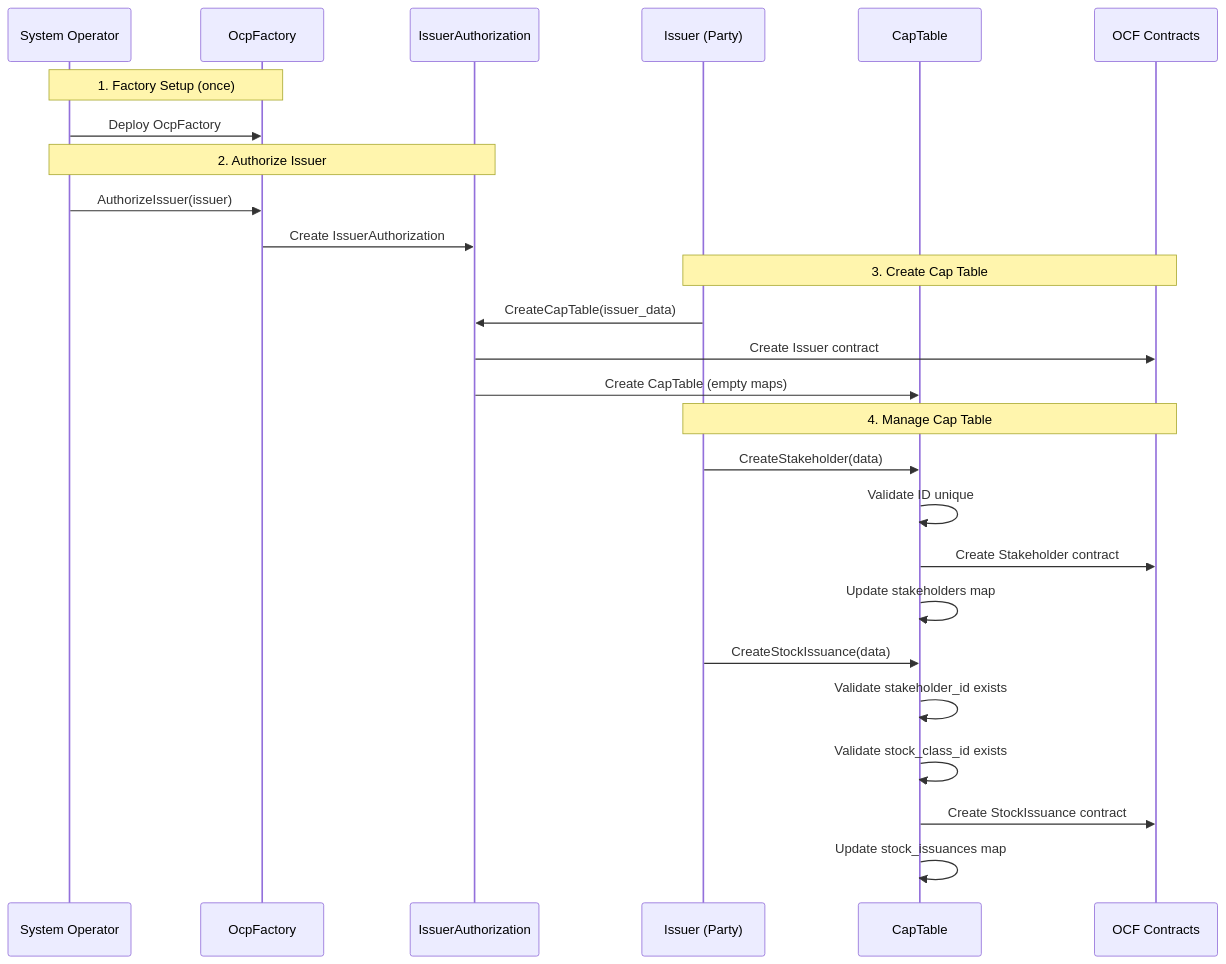
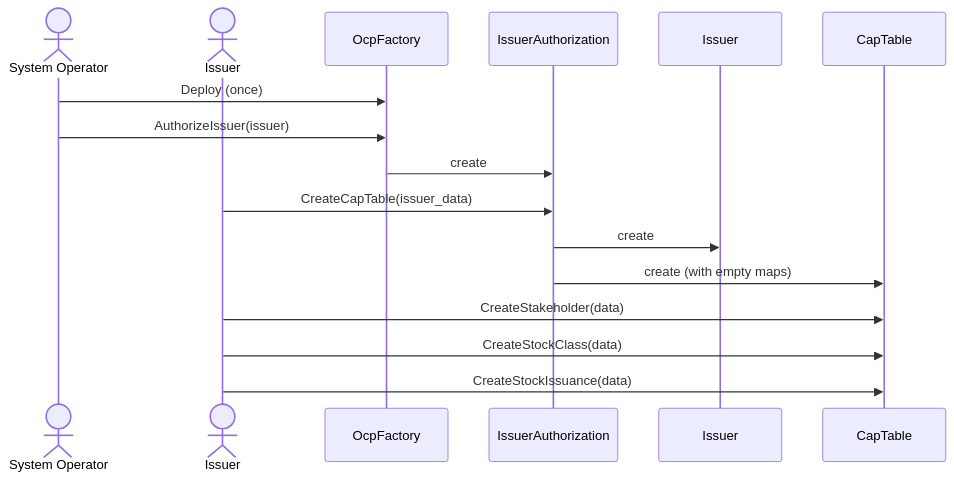
Before and after one commit to Fairmint/open-captable-protocol-daml: the second of 2 diagrams in docs/OCP_CONTRACT_DIAGRAM.md, drawn with Mermaid. The commit also changed other lines of this file and 1 other file, not shown here.

Commit message:
Refactor contract diagrams and update maintenance notes

````diff
--- a/docs/OCP_CONTRACT_DIAGRAM.md
+++ b/docs/OCP_CONTRACT_DIAGRAM.md
@@ -102,33 +17,17 @@
 ```mermaid
 sequenceDiagram
-    participant SO as System Operator
-    participant F as OcpFactory
-    participant IA as IssuerAuthorization
-    participant I as Issuer (Party)
-    participant CT as CapTable
-    participant OCF as OCF Contracts
+    actor SO as System Operator
+    actor I as Issuer
 
-    Note over SO,F: 1. Factory Setup (once)
-    SO->>F: Deploy OcpFactory
+    SO->>OcpFactory: Deploy (once)
+    SO->>OcpFactory: AuthorizeIssuer(issuer)
+    OcpFactory->>IssuerAuthorization: create
 
-    Note over SO,IA: 2. Authorize Issuer
-    SO->>F: AuthorizeIssuer(issuer)
-    F->>IA: Create IssuerAuthorization
+    I->>IssuerAuthorization: CreateCapTable(issuer_data)
+    IssuerAuthorization->>Issuer: create
+    IssuerAuthorization->>CapTable: create (with empty maps)
 
-    Note over I,OCF: 3. Create Cap Table
-    I->>IA: CreateCapTable(issuer_data)
-    IA->>OCF: Create Issuer contract
-    IA->>CT: Create CapTable (empty maps)
-
-    Note over I,OCF: 4. Manage Cap Table
-    I->>CT: CreateStakeholder(data)
-    CT->>CT: Validate ID unique
-    CT->>OCF: Create Stakeholder contract
-    CT->>CT: Update stakeholders map
-
-    I->>CT: CreateStockIssuance(data)
-    CT->>CT: Validate stakeholder_id exists
-    CT->>CT: Validate stock_class_id exists
-    CT->>OCF: Create StockIssuance contract
-    CT->>CT: Update stock_issuances map
+    I->>CapTable: CreateStakeholder(data)
+    I->>CapTable: CreateStockClass(data)
+    I->>CapTable: CreateStockIssuance(data)
 ```
````
